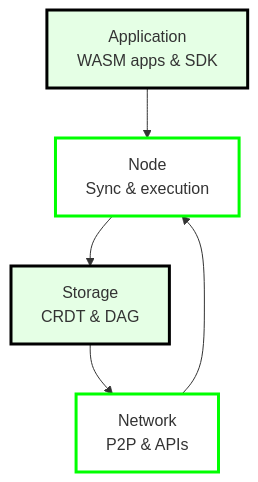
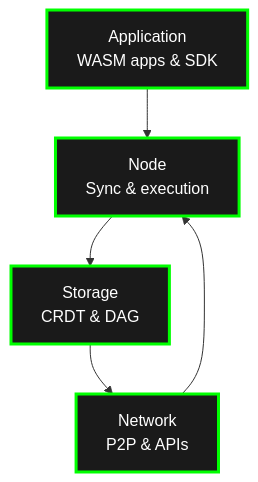
The first of 6 diagrams in docs/core-concepts/architecture.md (calimero-network/docs), drawn with Mermaid before and after one commit. The commit also changed other lines of this file, not shown here.

First line of the commit message:
fix: Update all graphs to use dark fills with green borders for visibility

````diff
--- a/docs/core-concepts/architecture.md
+++ b/docs/core-concepts/architecture.md
@@ -7,17 +7,17 @@
 ```mermaid
 flowchart TD
     APP[Application<br/>WASM apps & SDK]
     NODE[Node<br/>Sync & execution]
     STORAGE[Storage<br/>CRDT & DAG]
     NETWORK[Network<br/>P2P & APIs]
     
     APP --> NODE
     NODE --> STORAGE
     STORAGE --> NETWORK
     NETWORK --> NODE
     
-    style APP fill:#e5ffe5,stroke:#000000,stroke-width:3px
-    style NODE fill:#ffffff,stroke:#00ff00,stroke-width:3px
-    style STORAGE fill:#e5ffe5,stroke:#000000,stroke-width:3px
-    style NETWORK fill:#ffffff,stroke:#00ff00,stroke-width:3px
+    style APP fill:#1a1a1a,stroke:#00ff00,stroke-width:3px,color:#ffffff
+    style NODE fill:#1a1a1a,stroke:#00ff00,stroke-width:3px,color:#ffffff
+    style STORAGE fill:#1a1a1a,stroke:#00ff00,stroke-width:3px,color:#ffffff
+    style NETWORK fill:#1a1a1a,stroke:#00ff00,stroke-width:3px,color:#ffffff
 ```
````
